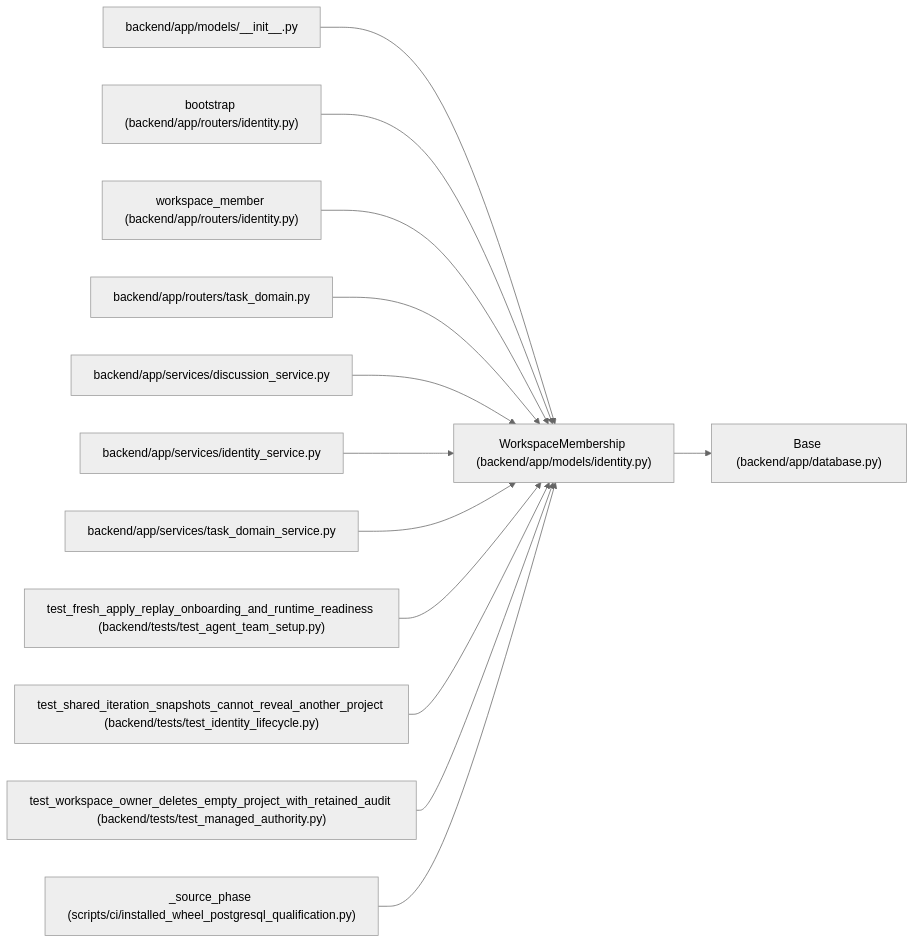
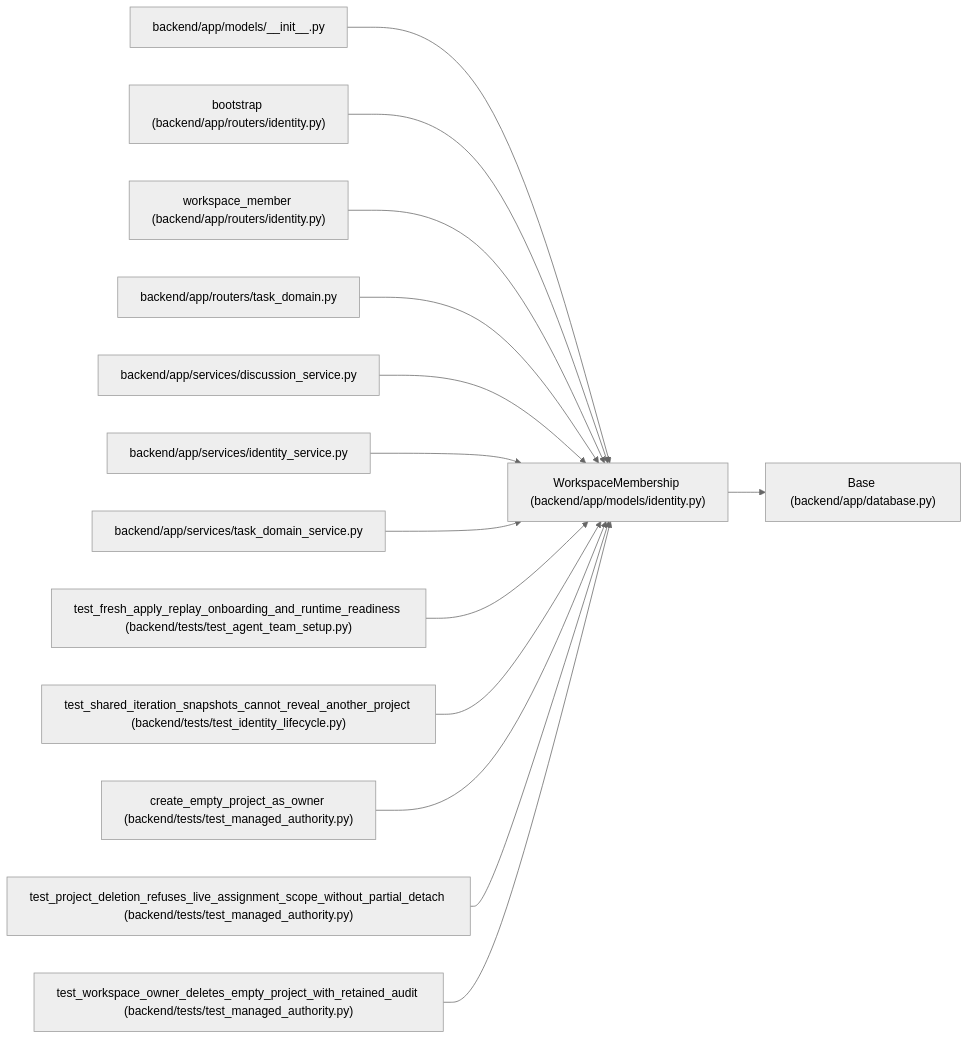
Before and after one commit to Denissvgn/WorkChord: the diagram in docs/llm_wiki/entities/WorkspaceMembership.md, drawn with Mermaid (neutral theme). The commit also changed other lines of this file and 353 other files, not shown here.

Commit message:
docs(wiki): explain project deletion authority and retained audit scope

````diff
--- a/docs/llm_wiki/entities/WorkspaceMembership.md
+++ b/docs/llm_wiki/entities/WorkspaceMembership.md
@@ -27,41 +27,44 @@
 ```mermaid
 flowchart LR
     n0["WorkspaceMembership (backend/app/models/identity.py)"]
     n1["Base (backend/app/database.py)"]
     n2["backend/app/models/__init__.py"]
     n3["bootstrap (backend/app/routers/identity.py)"]
     n4["workspace_member (backend/app/routers/identity.py)"]
     n5["backend/app/routers/task_domain.py"]
     n6["backend/app/services/discussion_service.py"]
     n7["backend/app/services/identity_service.py"]
     n8["backend/app/services/task_domain_service.py"]
     n9["test_fresh_apply_replay_onboarding_and_runtime_readiness (backend/tests/test_agent_team_setup.py)"]
     n10["test_shared_iteration_snapshots_cannot_reveal_another_project (backend/tests/test_identity_lifecycle.py)"]
-    n11["test_workspace_owner_deletes_empty_project_with_retained_audit (backend/tests/test_managed_authority.py)"]
-    n12["_source_phase (scripts/ci/installed_wheel_postgresql_qualification.py)"]
+    n11["create_empty_project_as_owner (backend/tests/test_managed_authority.py)"]
+    n12["test_project_deletion_refuses_live_assignment_scope_without_partial_detach (backend/tests/test_managed_authority.py)"]
+    n13["test_workspace_owner_deletes_empty_project_with_retained_audit (backend/tests/test_managed_authority.py)"]
     n0 --> n1
     n2 --> n0
     n3 --> n0
     n4 --> n0
     n5 --> n0
     n6 --> n0
     n7 --> n0
     n8 --> n0
     n9 --> n0
     n10 --> n0
     n11 --> n0
     n12 --> n0
+    n13 --> n0
     click n0 "../modules/models_identity.md"
     click n1 "../modules/app_database.md"
     click n2 "../modules/models___init__.md"
     click n3 "../modules/routers_identity.md"
     click n4 "../modules/routers_identity.md"
     click n5 "../modules/routers_task_domain.md"
     click n6 "../modules/discussion_service.md"
     click n7 "../modules/identity_service.md"
     click n8 "../modules/task_domain_service.md"
     click n9 "../modules/test_agent_team_setup.md"
     click n10 "../modules/test_identity_lifecycle.md"
     click n11 "../modules/test_managed_authority.md"
-    click n12 "../modules/installed_wheel_postgresql_qualification.md"
+    click n12 "../modules/test_managed_authority.md"
+    click n13 "../modules/test_managed_authority.md"
 ```
````
